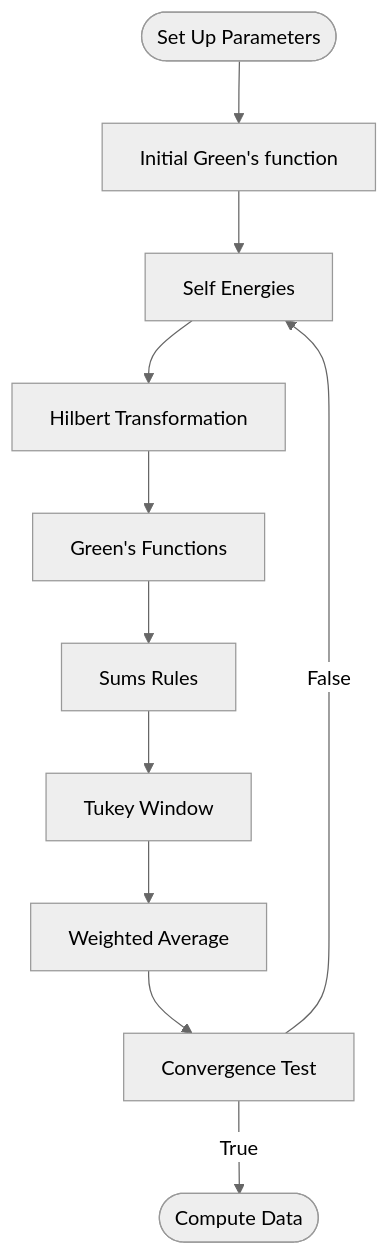
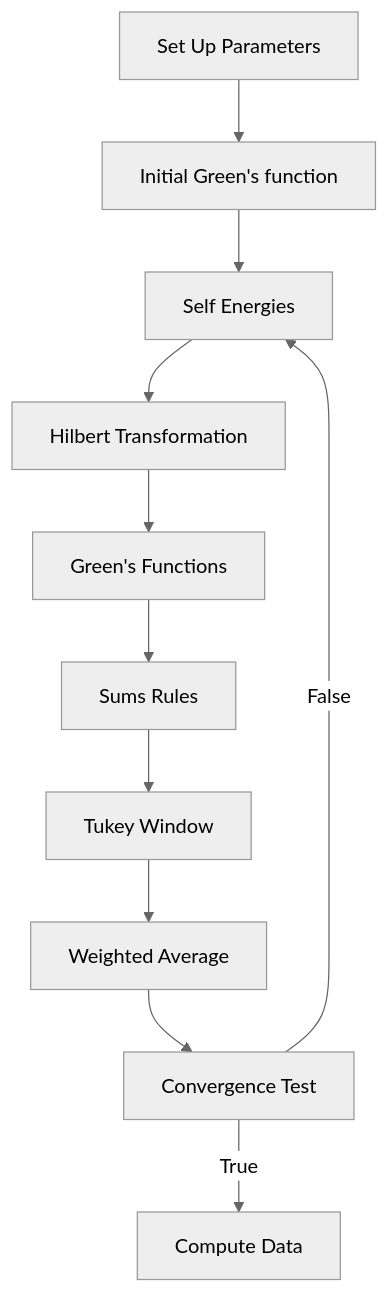
The diagram in README-alt.md (marcinia-sudo/2DECFL2ndOrder), drawn with Mermaid (neutral theme) before and after one commit. The commit also changed other lines of this file, not shown here.

````diff
--- a/README-alt.md
+++ b/README-alt.md
@@ -85,16 +87,16 @@
 ```mermaid
 graph TD;
-A(["Set Up Parameters"]) --> B["Initial Green's function" ];
+A["Set Up Parameters"] --> B["Initial Green's function" ];
 B --> C["Self Energies"];
 C --> D["Hilbert Transformation"]
 D --> E["Green's Functions"]
 E --> F["Sums Rules"]
 F --> G["Tukey Window"] 
 G --> H["Weighted Average"]
 H --> I["Convergence Test"]
 I --> |"False"| C
-I --> |"True" | J(["Compute Data"])
+I --> |"True" | J["Compute Data"]
 
 
 
 ```
````
